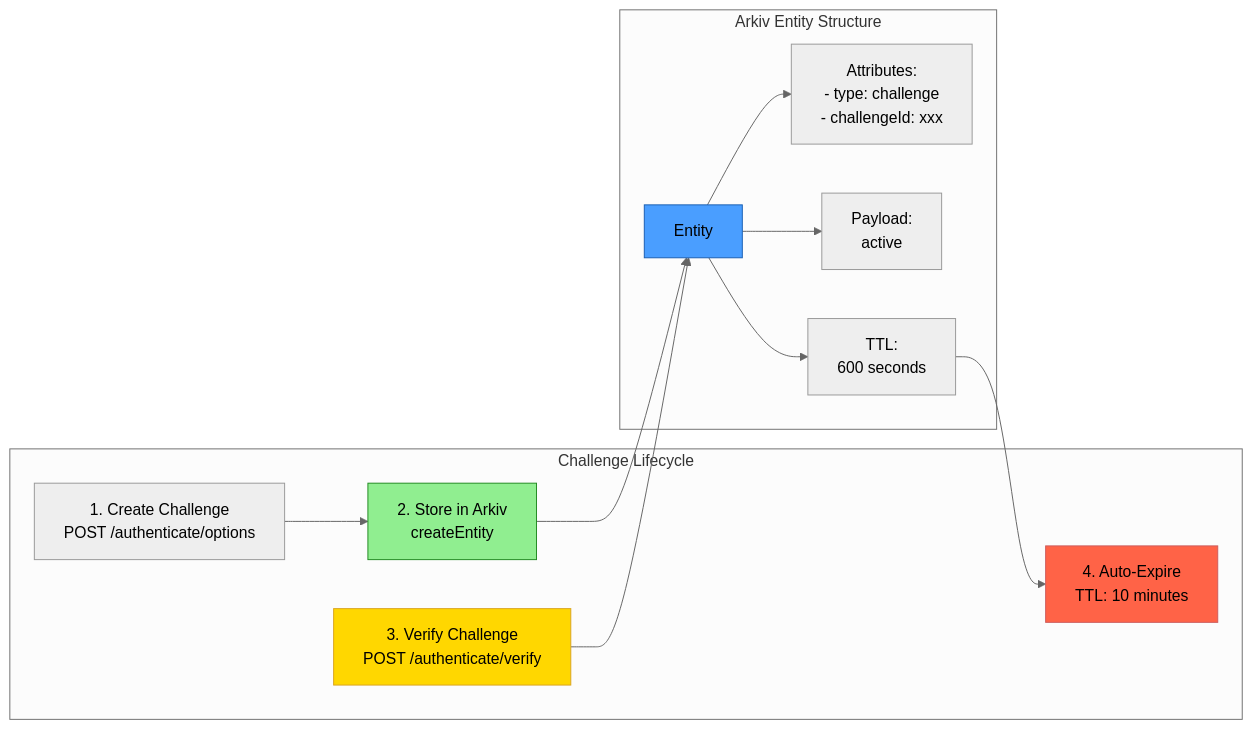
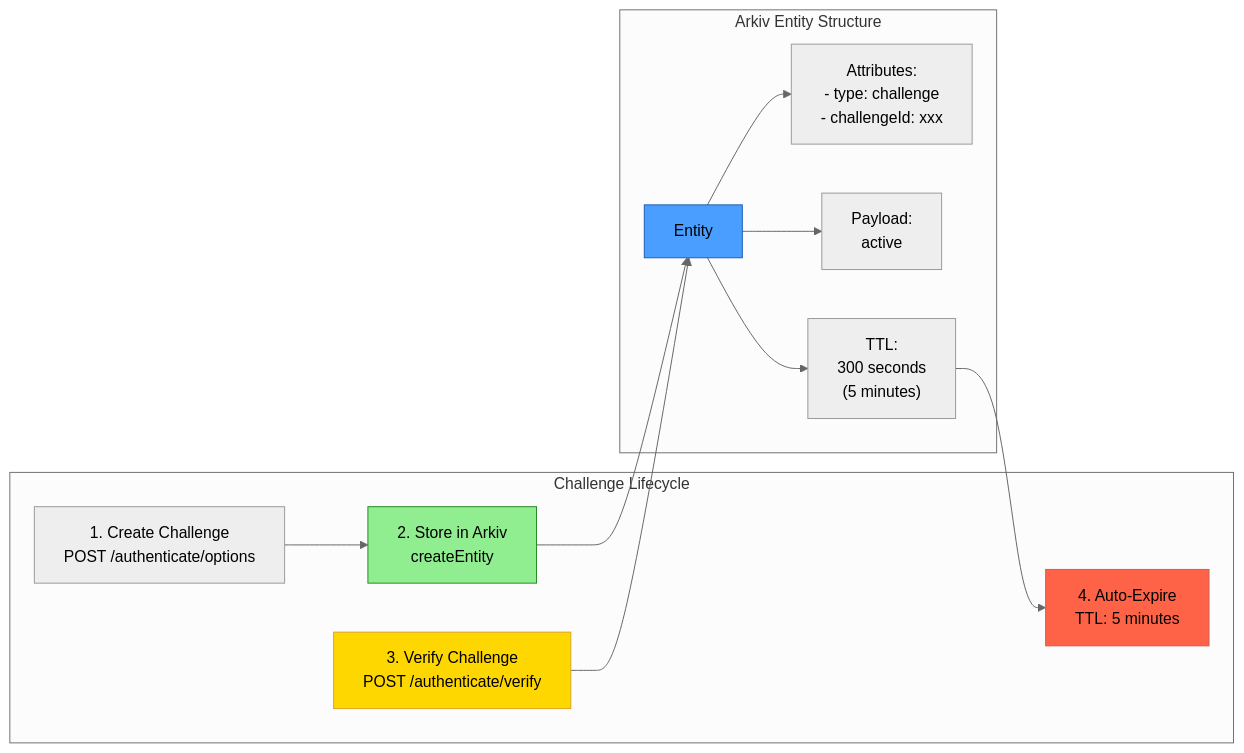
One commit to ideo-mind/auth.money changed the third of 8 diagrams in ARCHITECTURE.md. Above: the diagram before and after it, drawn with Mermaid (neutral theme). The commit also changed other lines of this file and 2 other files, not shown here.

Commit message:
docs: update architecture and README for Arkiv Network integration, emphasizing perfect TTL efficiency and benefits of decentralized storage

````diff
--- a/ARCHITECTURE.md
+++ b/ARCHITECTURE.md
@@ -156,30 +171,30 @@
 ```mermaid
 graph LR
     subgraph "Challenge Lifecycle"
         CREATE["1. Create Challenge<br/>POST /authenticate/options"]
         STORE["2. Store in Arkiv<br/>createEntity"]
         QUERY["3. Verify Challenge<br/>POST /authenticate/verify"]
-        EXPIRE["4. Auto-Expire<br/>TTL: 10 minutes"]
+        EXPIRE["4. Auto-Expire<br/>TTL: 5 minutes"]
     end
 
     subgraph "Arkiv Entity Structure"
         ENTITY[Entity]
         ATTRS["Attributes:<br/>- type: challenge<br/>- challengeId: xxx"]
         PAYLOAD["Payload:<br/>active"]
-        TTL["TTL:<br/>600 seconds"]
+        TTL["TTL:<br/>300 seconds<br/>(5 minutes)"]
     end
 
     CREATE --> STORE
     STORE --> ENTITY
     ENTITY --> ATTRS
     ENTITY --> PAYLOAD
     ENTITY --> TTL
 
     QUERY --> ENTITY
     TTL --> EXPIRE
 
     style ENTITY fill:#4a9eff,stroke:#1a5fb3
     style STORE fill:#90ee90,stroke:#228b22
     style QUERY fill:#ffd700,stroke:#daa520
     style EXPIRE fill:#ff6347,stroke:#cd5c5c
 ```
````
